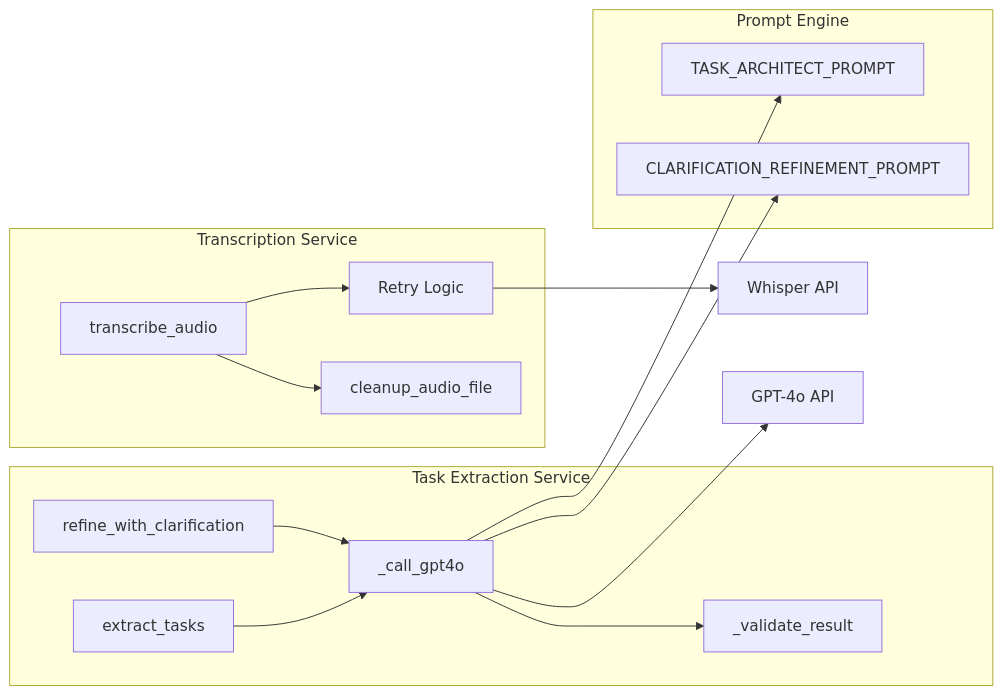
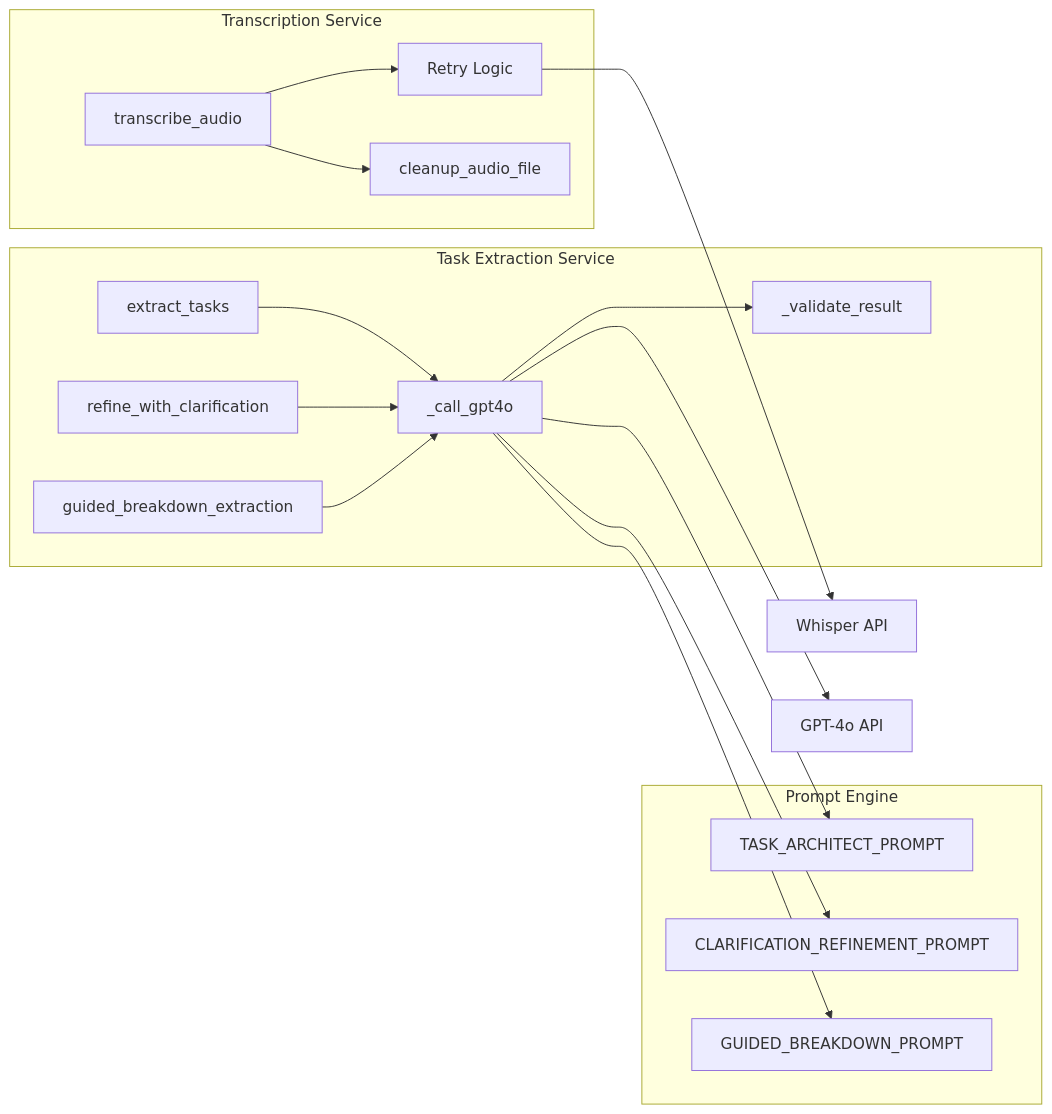
One commit to NewtonPP/Project-Important changed the sixth of 8 diagrams in ARCHITECTURE.md. Above: the diagram before and after it, drawn with Mermaid. The commit also changed other lines of this file and 22 other files, not shown here.

First line of the commit message:
Implement guided breakdown clarification system and streamline documentation

````diff
--- a/ARCHITECTURE.md
+++ b/ARCHITECTURE.md
@@ -145,31 +190,35 @@
 ```mermaid
 graph LR
     subgraph TranscriptionService[Transcription Service]
         TS1[transcribe_audio]
         TS2[Retry Logic]
         TS3[cleanup_audio_file]
     end
     
     subgraph ExtractionService[Task Extraction Service]
         ES1[extract_tasks]
         ES2[refine_with_clarification]
-        ES3[_call_gpt4o]
-        ES4[_validate_result]
+        ES3[guided_breakdown_extraction]
+        ES4[_call_gpt4o]
+        ES5[_validate_result]
     end
     
     subgraph PromptEngine[Prompt Engine]
         P1[TASK_ARCHITECT_PROMPT]
         P2[CLARIFICATION_REFINEMENT_PROMPT]
+        P3[GUIDED_BREAKDOWN_PROMPT]
     end
     
     TS1 --> TS2
     TS2 --> Whisper[Whisper API]
     TS1 --> TS3
     
-    ES1 --> ES3
-    ES2 --> ES3
-    ES3 --> P1
-    ES3 --> P2
-    ES3 --> GPT[GPT-4o API]
+    ES1 --> ES4
+    ES2 --> ES4
     ES3 --> ES4
+    ES4 --> P1
+    ES4 --> P2
+    ES4 --> P3
+    ES4 --> GPT[GPT-4o API]
+    ES4 --> ES5
 ```
````
